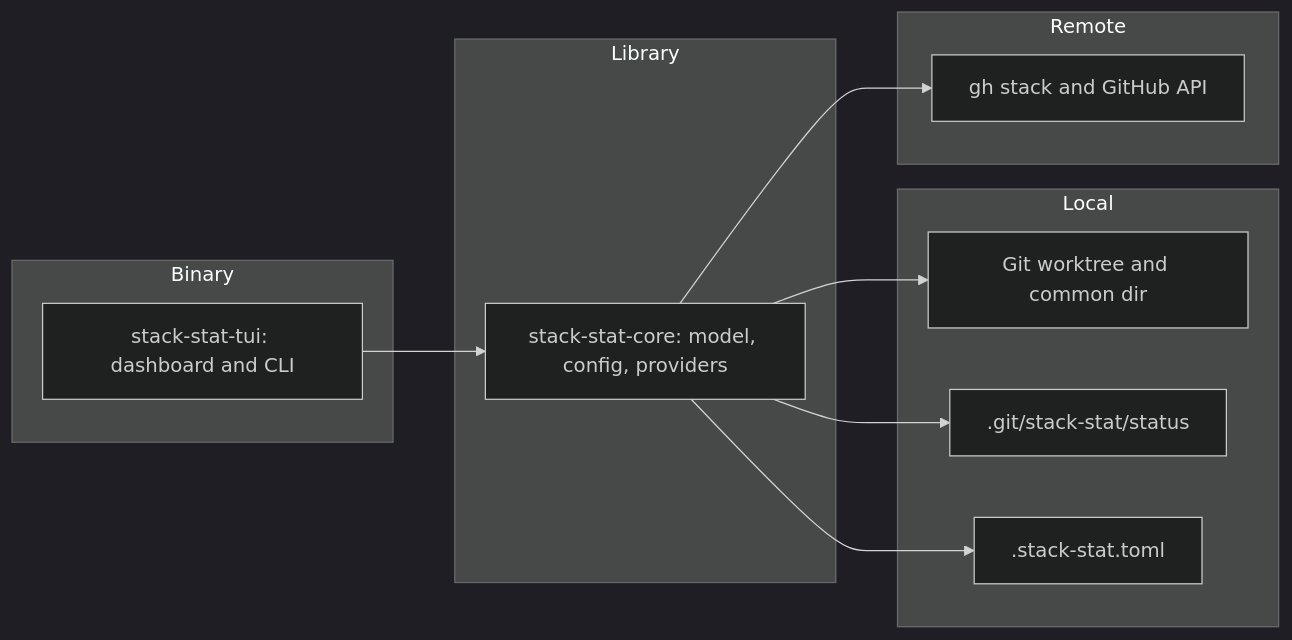
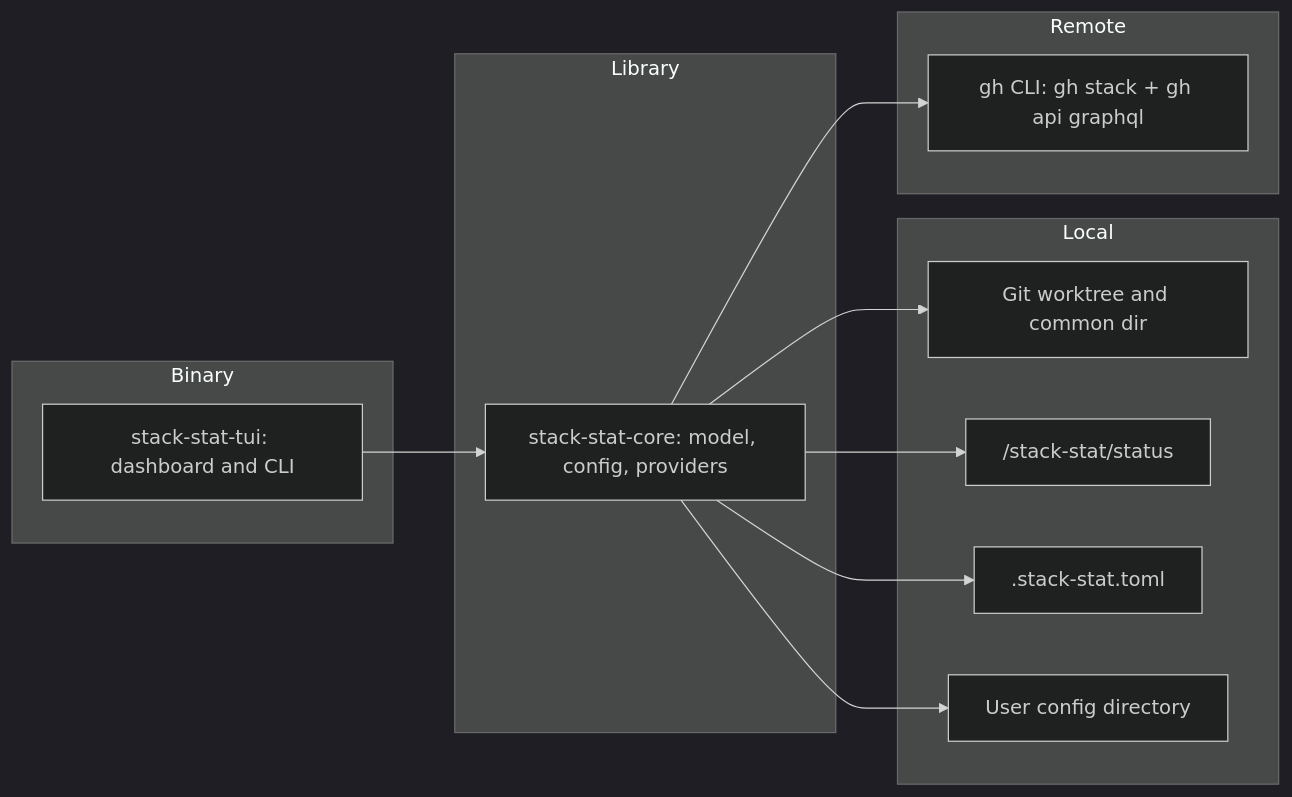
One commit to cam1se/stack-stat changed the diagram in docs/architecture/02-l2-containers.md. Above: the diagram before and after it, drawn with Mermaid (dark theme). The commit also changed 10 other files, not shown here.

````diff
--- a/docs/architecture/02-l2-containers.md
+++ b/docs/architecture/02-l2-containers.md
@@ -5,22 +5,24 @@
 ```mermaid
 flowchart LR
   subgraph Binary
     TUI[stack-stat-tui: dashboard and CLI]
   end
   subgraph Library
     Core[stack-stat-core: model, config, providers]
   end
   subgraph Local
     Git[Git worktree and common dir]
-    Store[.git/stack-stat/status]
+    Store[<git-common-dir>/stack-stat/status]
     Config[.stack-stat.toml]
+    UserConfig[User config directory]
   end
   subgraph Remote
-    Gh[gh stack and GitHub API]
+    Gh[gh CLI: gh stack + gh api graphql]
   end
   TUI --> Core
   Core --> Git
   Core --> Store
   Core --> Config
+  Core --> UserConfig
   Core --> Gh
 ```
````
